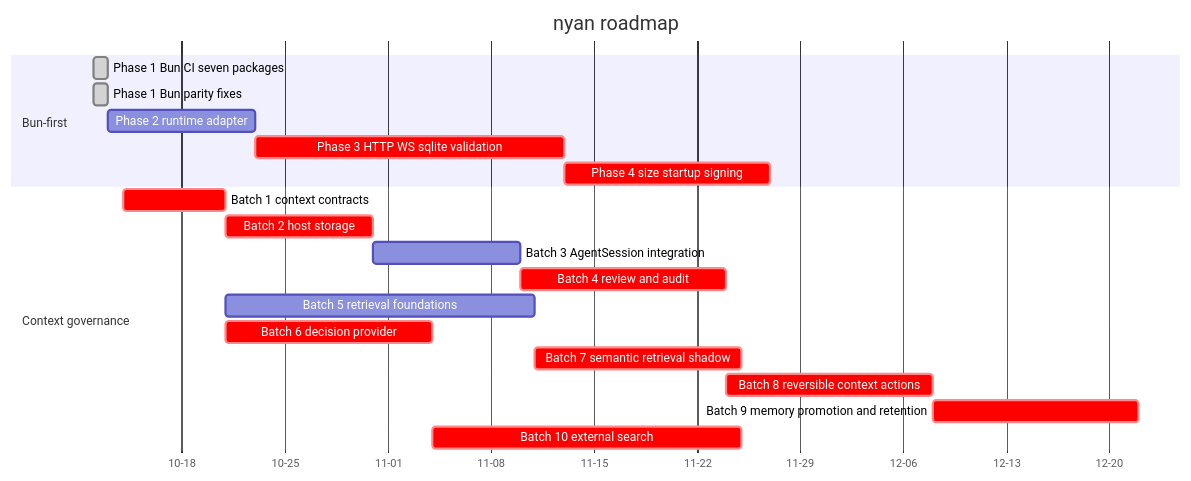
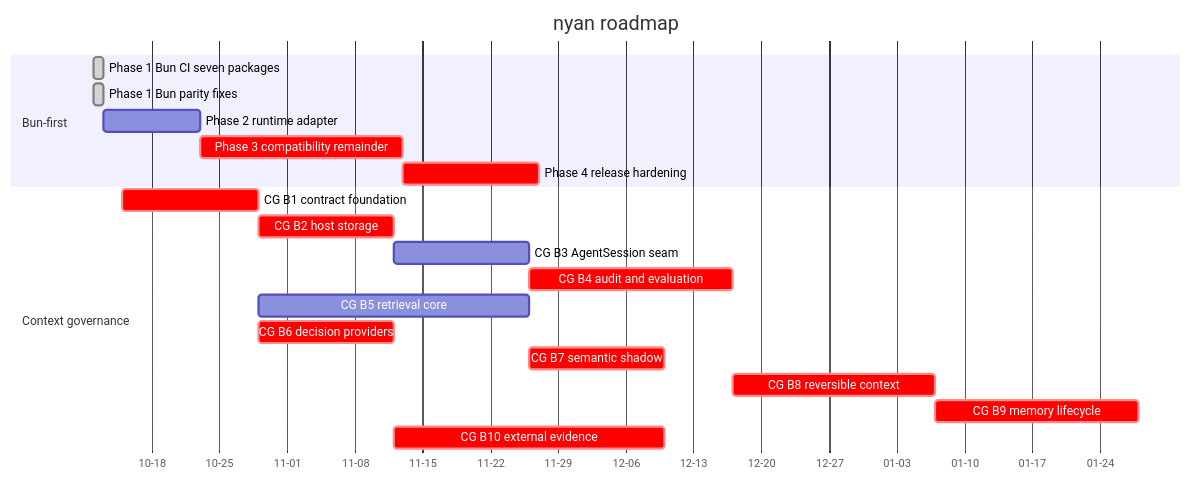
One commit to blxzer77/nyan changed the diagram in ROADMAP.md. Above: the diagram before and after it, drawn with Mermaid. The commit also changed other lines of this file, not shown here.

Commit message:
docs: expand ROADMAP item assessment

````diff
--- a/ROADMAP.md
+++ b/ROADMAP.md
@@ -13,25 +13,25 @@
 ```mermaid
 gantt
     title nyan roadmap
     dateFormat YYYY-MM-DD
     axisFormat %m-%d
 
     section Bun-first
     Phase 1 Bun CI seven packages :done, bun1ci, 2026-10-12, 1d
     Phase 1 Bun parity fixes :done, bun1fix, 2026-10-12, 1d
     Phase 2 runtime adapter :bun2, after bun1fix, 10d
-    Phase 3 HTTP WS sqlite validation :crit, bun3, after bun2, 21d
-    Phase 4 size startup signing :crit, bun4, after bun3, 14d
+    Phase 3 compatibility remainder :crit, bun3, after bun2, 21d
+    Phase 4 release hardening :crit, bun4, after bun3, 14d
 
     section Context governance
-    Batch 1 context contracts :crit, cg1, 2026-10-14, 7d
-    Batch 2 host storage :crit, cg2, after cg1, 10d
-    Batch 3 AgentSession integration :cg3, after cg2, 10d
-    Batch 4 review and audit :crit, cg4, after cg3, 14d
-    Batch 5 retrieval foundations :cg5, after cg1, 21d
-    Batch 6 decision provider :crit, cg6, after cg1, 14d
-    Batch 7 semantic retrieval shadow :crit, cg7, after cg5, 14d
-    Batch 8 reversible context actions :crit, cg8, after cg4, 14d
-    Batch 9 memory promotion and retention :crit, cg9, after cg8, 14d
-    Batch 10 external search :crit, cg10, after cg6, 21d
+    CG B1 contract foundation :crit, cg1, 2026-10-15, 14d
+    CG B2 host storage :crit, cg2, after cg1, 14d
+    CG B3 AgentSession seam :cg3, after cg2, 14d
+    CG B4 audit and evaluation :crit, cg4, after cg3, 21d
+    CG B5 retrieval core :cg5, after cg1, 28d
+    CG B6 decision providers :crit, cg6, after cg1, 14d
+    CG B7 semantic shadow :crit, cg7, after cg5, 14d
+    CG B8 reversible context :crit, cg8, after cg4, 21d
+    CG B9 memory lifecycle :crit, cg9, after cg8, 21d
+    CG B10 external evidence :crit, cg10, after cg6, 28d
 ```
````
